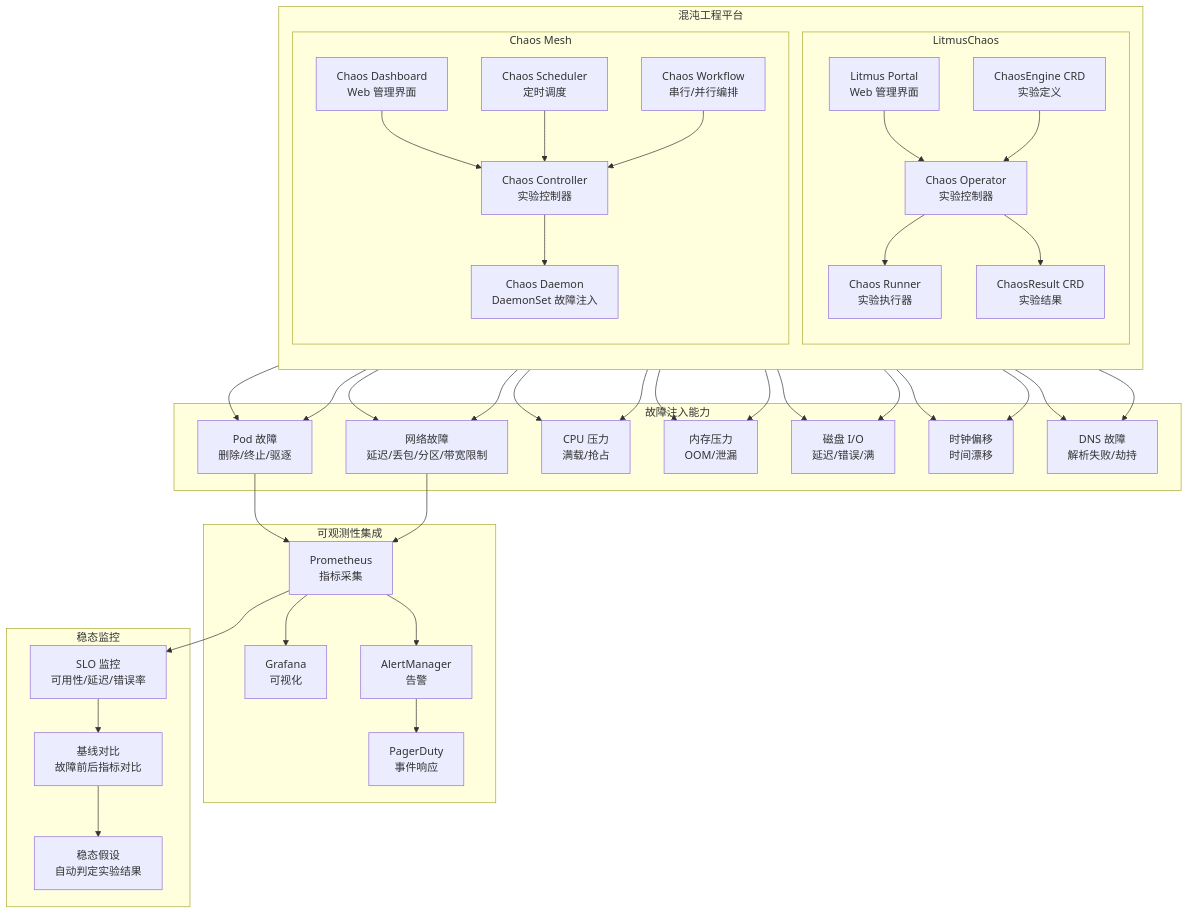
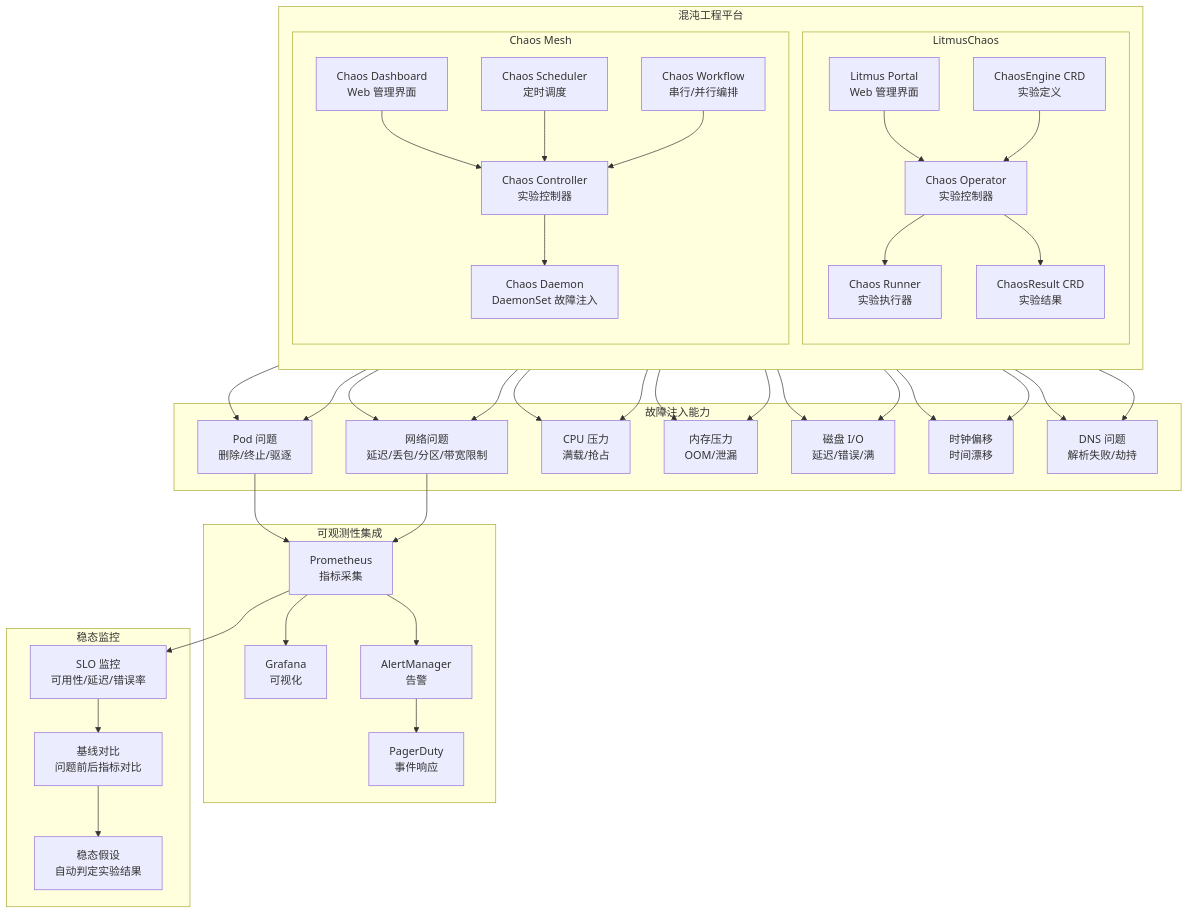
The diagram in domain-09-reliability-engineering/02-disaster-recovery/08-chaos-engineering-platforms.md (kudig-io/kudig-database), drawn with Mermaid before and after one commit. The commit also changed other lines of this file and 1236 other files, not shown here.

````diff
--- a/domain-09-reliability-engineering/02-disaster-recovery/08-chaos-engineering-platforms.md
+++ b/domain-09-reliability-engineering/02-disaster-recovery/08-chaos-engineering-platforms.md
@@ -108,58 +108,58 @@
 ```mermaid
 graph TB
     subgraph "混沌工程平台"
         direction TB
         
         subgraph "LitmusChaos"
             LC_PORTAL[Litmus Portal<br/>Web 管理界面]
             LC_CHAOS[Chaos Operator<br/>实验控制器]
             LC_RUNNER[Chaos Runner<br/>实验执行器]
             LC_CRD[ChaosEngine CRD<br/>实验定义]
             LC_RESULT[ChaosResult CRD<br/>实验结果]
         end
         
         subgraph "Chaos Mesh"
             CM_DASH[Chaos Dashboard<br/>Web 管理界面]
             CM_CTRL[Chaos Controller<br/>实验控制器]
             CM_DAEMON[Chaos Daemon<br/>DaemonSet 故障注入]
             CM_SCHED[Chaos Scheduler<br/>定时调度]
             CM_WORK[Chaos Workflow<br/>串行/并行编排]
         end
     end
     
     subgraph "故障注入能力"
-        POD_KILL[Pod 故障<br/>删除/终止/驱逐]
-        NET_FAULT[网络故障<br/>延迟/丢包/分区/带宽限制]
+        POD_KILL[Pod 问题<br/>删除/终止/驱逐]
+        NET_FAULT[网络问题<br/>延迟/丢包/分区/带宽限制]
         CPU_STRESS[CPU 压力<br/>满载/抢占]
         MEM_STRESS[内存压力<br/>OOM/泄漏]
         DISK_IO[磁盘 I/O<br/>延迟/错误/满]
         TIME_SKEW[时钟偏移<br/>时间漂移]
-        DNS_FAULT[DNS 故障<br/>解析失败/劫持]
+        DNS_FAULT[DNS 问题<br/>解析失败/劫持]
     end
     
     subgraph "可观测性集成"
         PROM[Prometheus<br/>指标采集]
         GRAFANA[Grafana<br/>可视化]
         ALERT[AlertManager<br/>告警]
         PAGERDUTY[PagerDuty<br/>事件响应]
     end
     
     subgraph "稳态监控"
         SLO_MONITOR[SLO 监控<br/>可用性/延迟/错误率]
-        BASELINE[基线对比<br/>故障前后指标对比]
+        BASELINE[基线对比<br/>问题前后指标对比]
         STEADY[稳态假设<br/>自动判定实验结果]
     end
     
     LC_PORTAL --> LC_CHAOS --> LC_RUNNER
     LC_CRD --> LC_CHAOS --> LC_RESULT
     
     CM_DASH --> CM_CTRL --> CM_DAEMON
     CM_SCHED --> CM_CTRL
     CM_WORK --> CM_CTRL
     
     LC_RUNNER & CM_DAEMON --> POD_KILL & NET_FAULT & CPU_STRESS & MEM_STRESS & DISK_IO & TIME_SKEW & DNS_FAULT
     
     POD_KILL & NET_FAULT --> PROM --> GRAFANA & ALERT
     PROM --> SLO_MONITOR --> BASELINE --> STEADY
     ALERT --> PAGERDUTY
 ```
````
